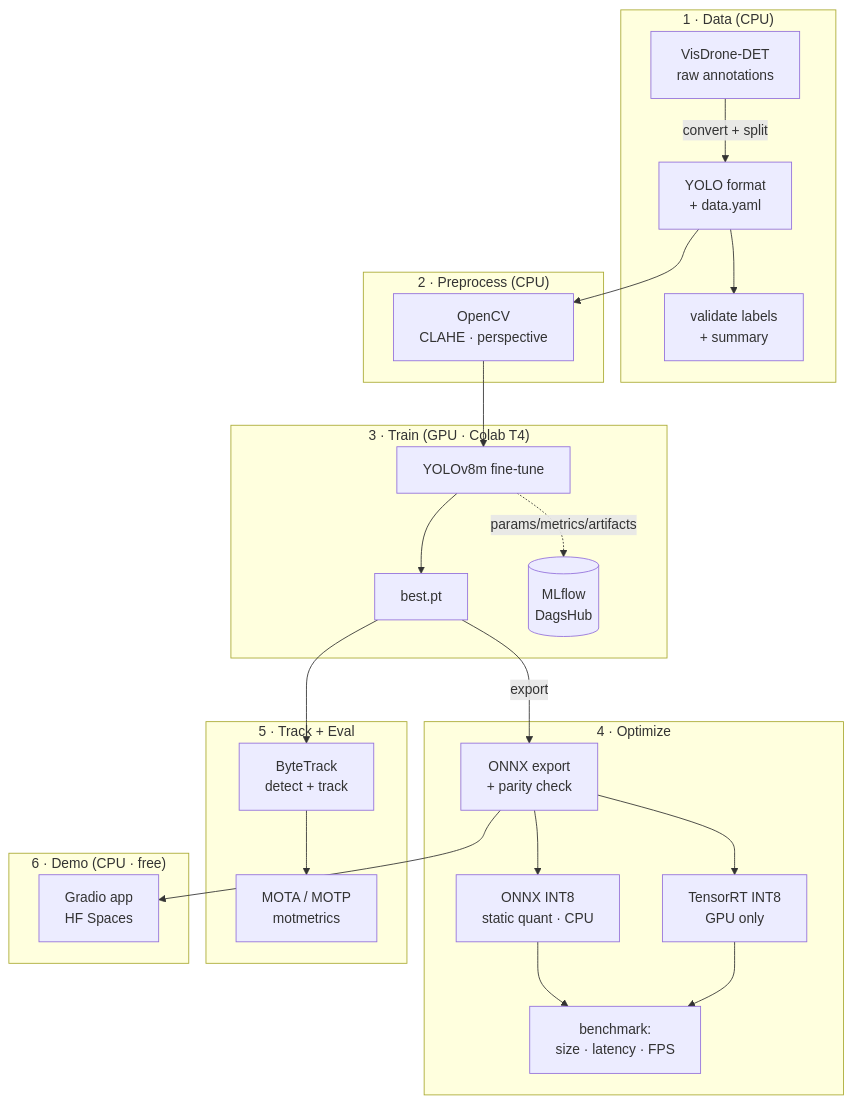
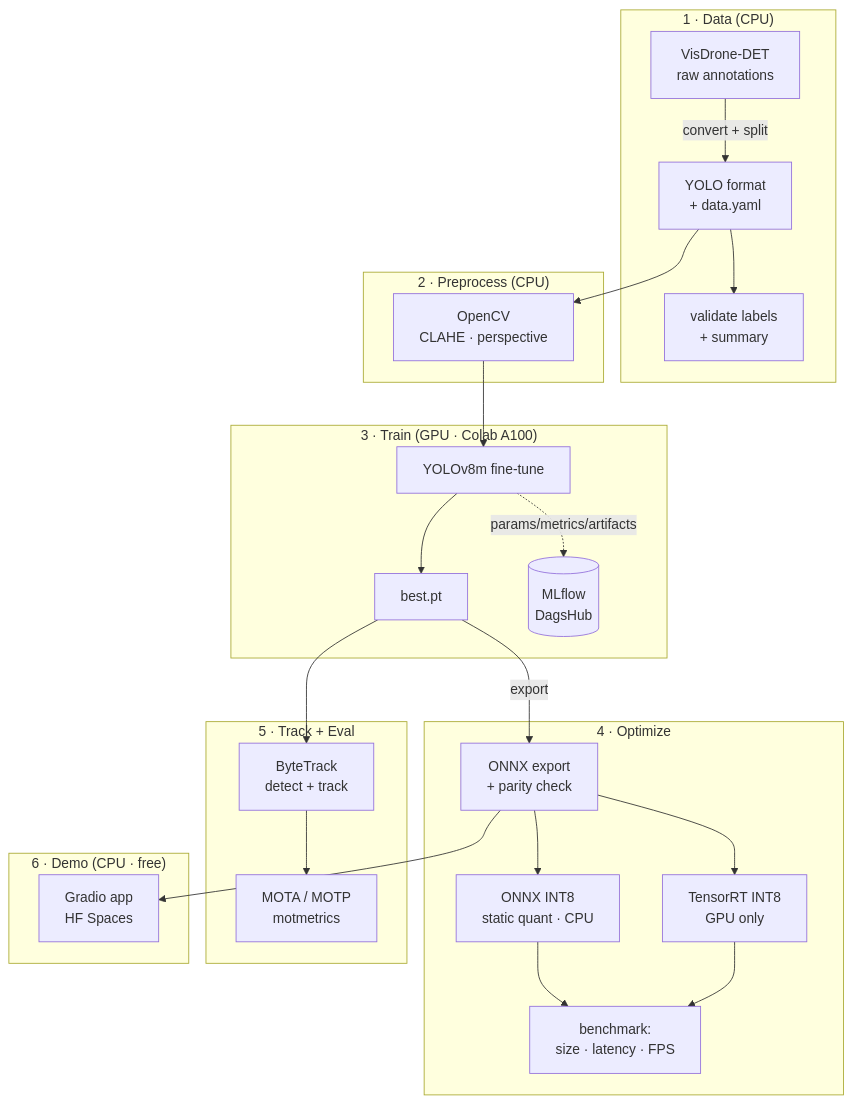
One commit to mohanemg07-web/object-detection-tracking changed the diagram in README.md. Above: the diagram before and after it, drawn with Mermaid. The commit also changed other lines of this file, not shown here.

Commit message:
docs: fix stale T4-training references — training ran on Colab A100-80GB (opt stage T4 refs unchanged)

````diff
--- a/README.md
+++ b/README.md
@@ -40,37 +42,37 @@
 ```mermaid
 flowchart TB
     subgraph data["1 · Data (CPU)"]
         A[VisDrone-DET<br/>raw annotations] -->|convert + split| B[YOLO format<br/>+ data.yaml]
         B --> V[validate labels<br/>+ summary]
     end
 
     subgraph prep["2 · Preprocess (CPU)"]
         C[OpenCV<br/>CLAHE · perspective]
     end
 
-    subgraph train["3 · Train (GPU · Colab T4)"]
+    subgraph train["3 · Train (GPU · Colab A100)"]
         D[YOLOv8m fine-tune] --> E[best.pt]
         D -. params/metrics/artifacts .-> ML[(MLflow<br/>DagsHub)]
     end
 
     subgraph opt["4 · Optimize"]
         F[ONNX export<br/>+ parity check] --> G[ONNX INT8<br/>static quant · CPU]
         F --> H[TensorRT INT8<br/>GPU only]
         BM[benchmark:<br/>size · latency · FPS]
     end
 
     subgraph track["5 · Track + Eval"]
         I[ByteTrack<br/>detect + track] --> J[MOTA / MOTP<br/>motmetrics]
     end
 
     subgraph demo["6 · Demo (CPU · free)"]
         K[Gradio app<br/>HF Spaces]
     end
 
     B --> C --> D
     E -->|export| F
     E --> I
     F --> K
     G --> BM
     H --> BM
 ```
````
